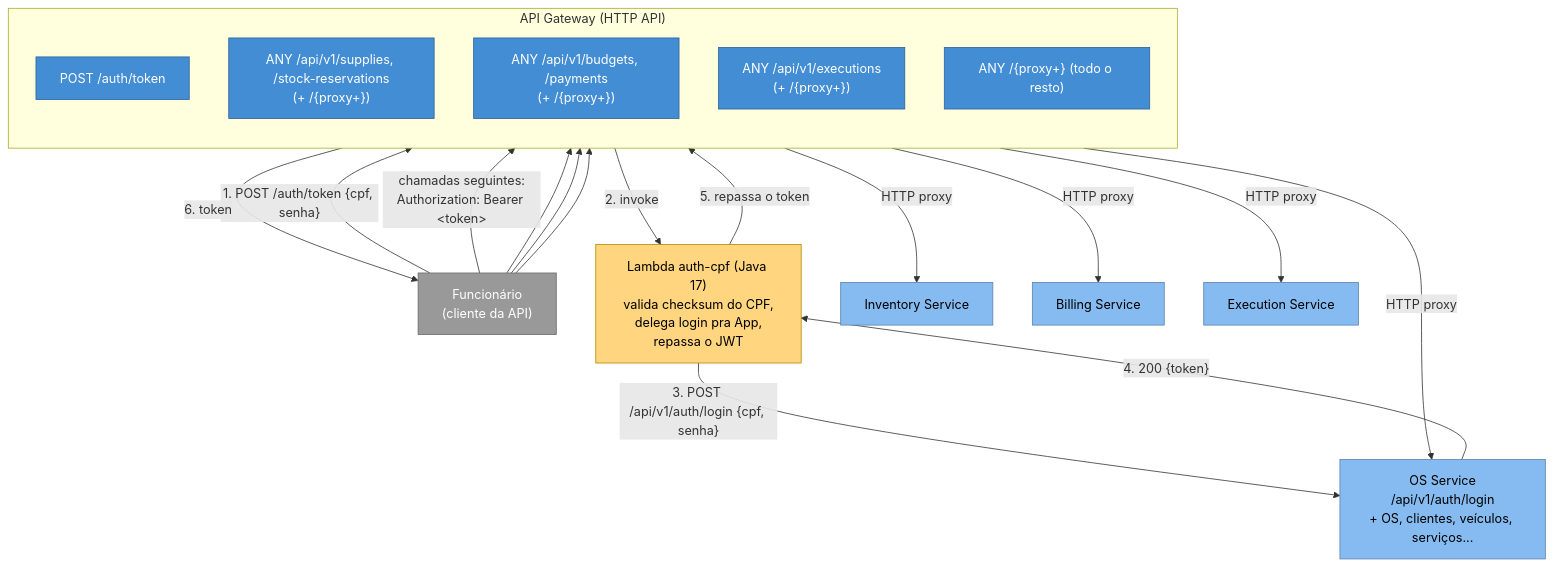
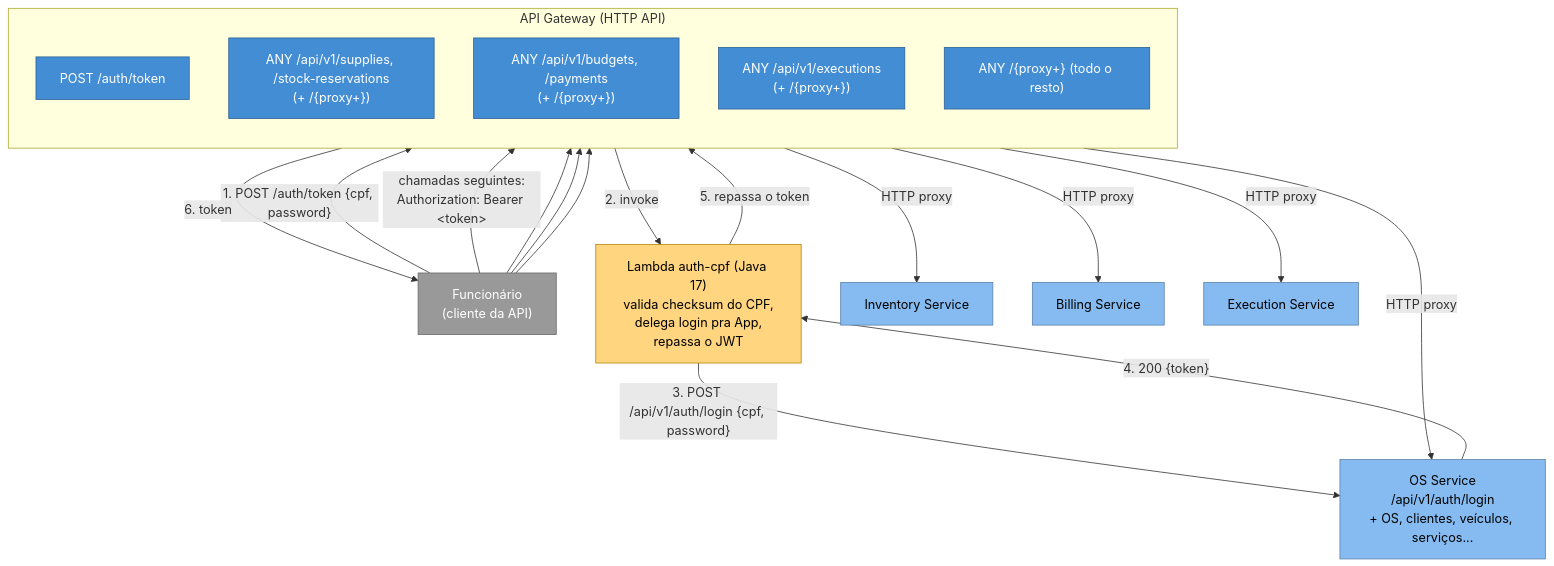
The diagram in README.md (Adriana-Meyer/fiap-tech-challenge-API-gateway-function-serverless), drawn with Mermaid before and after one commit.

Commit message:
docs: fix the login body field in the README diagram (password, not senha) (#9)

````diff
--- a/README.md
+++ b/README.md
@@ -17,41 +17,41 @@
 ```mermaid
 flowchart TB
     classDef ext fill:#999999,stroke:#6b6b6b,color:#fff
     classDef gw fill:#438dd5,stroke:#2e6295,color:#fff
     classDef lambda fill:#ffd580,stroke:#b38600,color:#000
     classDef app fill:#85bbf0,stroke:#5d82a8,color:#000
 
     Client["Funcionário<br/>(cliente da API)"]:::ext
 
     subgraph APIGW["API Gateway (HTTP API)"]
         direction TB
         RouteAuth["POST /auth/token"]:::gw
         RouteInv["ANY /api/v1/supplies, /stock-reservations<br/>(+ /{proxy+})"]:::gw
         RouteBil["ANY /api/v1/budgets, /payments<br/>(+ /{proxy+})"]:::gw
         RouteExe["ANY /api/v1/executions<br/>(+ /{proxy+})"]:::gw
         RouteProxy["ANY /{proxy+} (todo o resto)"]:::gw
     end
 
     Lambda["Lambda auth-cpf (Java 17)<br/>valida checksum do CPF,<br/>delega login pra App,<br/>repassa o JWT"]:::lambda
 
     App["OS Service<br/>/api/v1/auth/login<br/>+ OS, clientes, veículos, serviços..."]:::app
     Inv["Inventory Service"]:::app
     Bil["Billing Service"]:::app
     Exe["Execution Service"]:::app
 
-    Client -- "1. POST /auth/token {cpf, senha}" --> RouteAuth
+    Client -- "1. POST /auth/token {cpf, password}" --> RouteAuth
     RouteAuth -- "2. invoke" --> Lambda
-    Lambda -- "3. POST /api/v1/auth/login {cpf, senha}" --> App
+    Lambda -- "3. POST /api/v1/auth/login {cpf, password}" --> App
     App -- "4. 200 {token}" --> Lambda
     Lambda -- "5. repassa o token" --> RouteAuth
     RouteAuth -- "6. token" --> Client
 
     Client -- "chamadas seguintes:<br/>Authorization: Bearer &lt;token&gt;" --> RouteProxy
     Client --> RouteInv
     Client --> RouteBil
     Client --> RouteExe
     RouteProxy -- "HTTP proxy" --> App
     RouteInv -- "HTTP proxy" --> Inv
     RouteBil -- "HTTP proxy" --> Bil
     RouteExe -- "HTTP proxy" --> Exe
 ```
````
